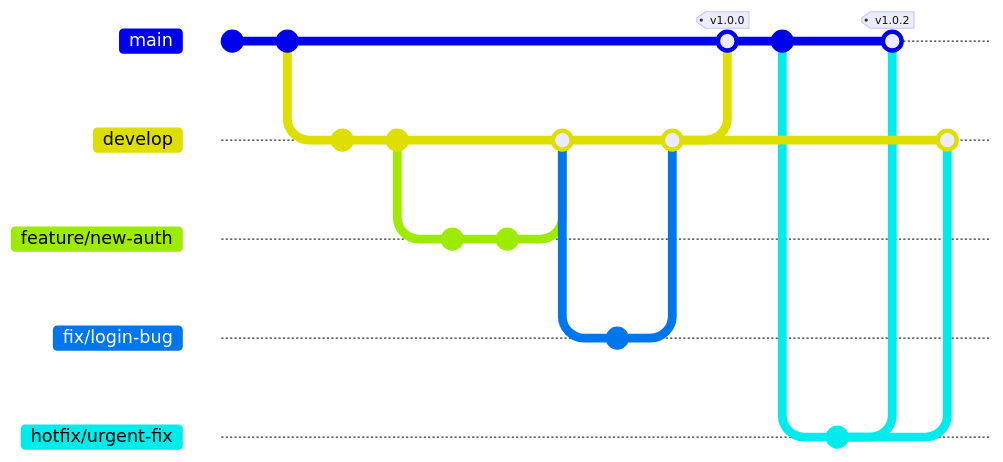
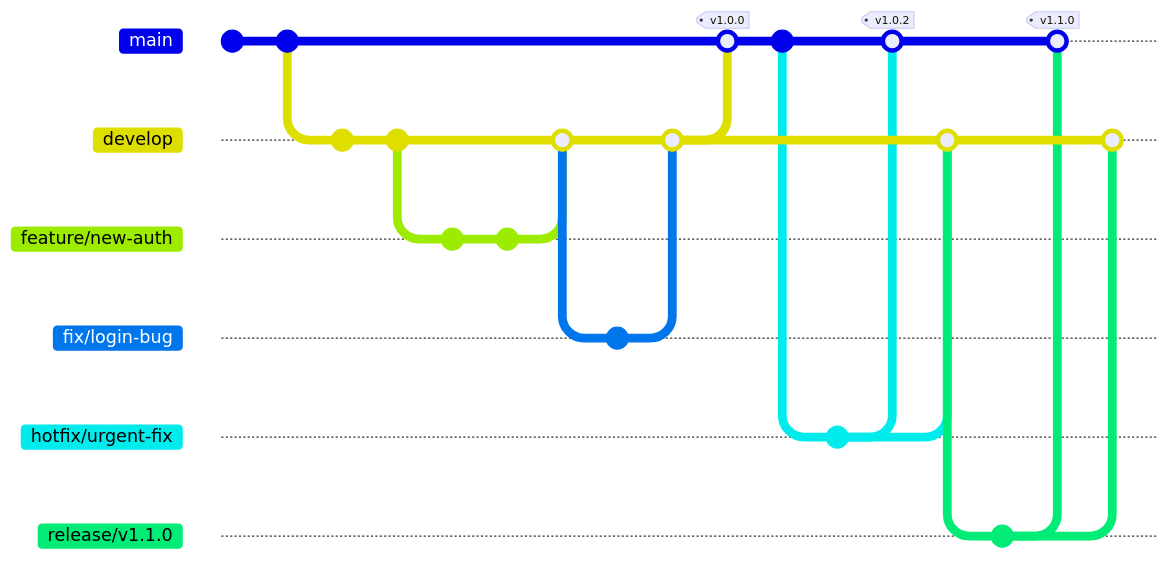
The second of 2 diagrams in .agent/rules/branching-strategy.md (ksrae/tag-diary-app), drawn with Mermaid before and after one commit. The commit also changed other lines of this file, not shown here. Commit ids are hidden.

First line of the commit message:
docs(.agent/rules): add release/ branch to git branching strategy

````diff
--- a/.agent/rules/branching-strategy.md
+++ b/.agent/rules/branching-strategy.md
@@ -127,30 +167,37 @@
 ```mermaid
 gitGraph
     commit
     commit id: "Initial"
     branch develop
     checkout develop
     commit
     commit id: "Dev progress"
     branch feature/new-auth
     checkout feature/new-auth
     commit
     commit
     checkout develop
     merge feature/new-auth
     branch fix/login-bug
     checkout fix/login-bug
     commit
     checkout develop
     merge fix/login-bug
     checkout main
     merge develop tag: "v1.0.0"
     commit id: "v1.0.1"
     branch hotfix/urgent-fix
     checkout hotfix/urgent-fix
     commit
     checkout main
     merge hotfix/urgent-fix tag: "v1.0.2"
     checkout develop
     merge hotfix/urgent-fix
+    branch release/v1.1.0
+    checkout release/v1.1.0
+    commit
+    checkout main
+    merge release/v1.1.0 tag: "v1.1.0"
+    checkout develop
+    merge release/v1.1.0
 ```
````
